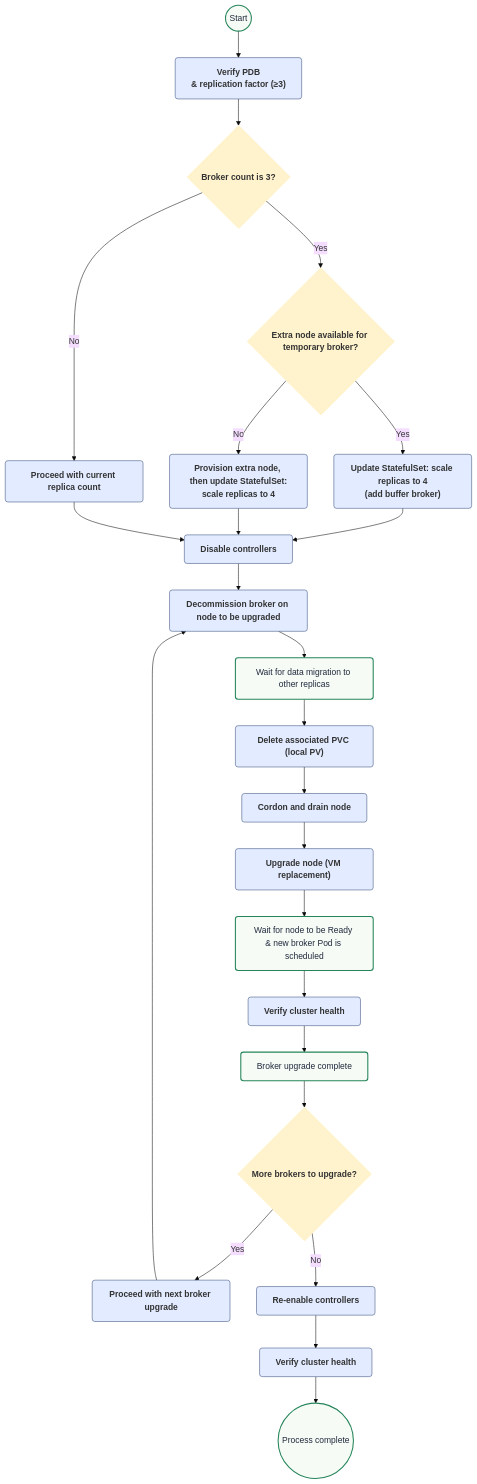
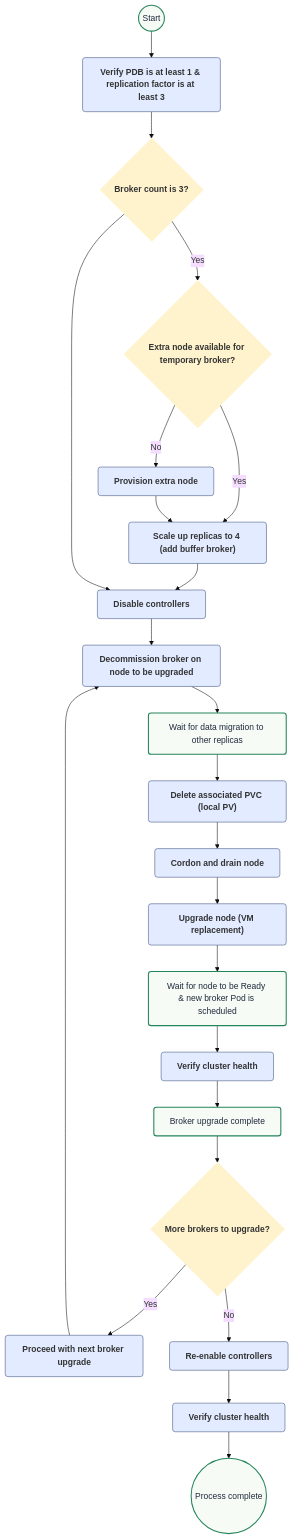
One commit to redpanda-data/docs changed the diagram in modules/upgrade/pages/k-upgrade-kubernetes.adoc. Above: the diagram before and after it, drawn with Mermaid (base theme). The commit also changed other lines of this file, not shown here.

Commit message:
Update diagram

```diff
--- a/modules/upgrade/pages/k-upgrade-kubernetes.adoc
+++ b/modules/upgrade/pages/k-upgrade-kubernetes.adoc
@@ -203,33 +177,32 @@
 [mermaid]
 ----
 flowchart TB
   %% Define classes
   classDef userAction stroke:#374D7C, fill:#E2EBFF, font-weight:bold, rx:5, ry:5;
   classDef systemAction fill:#F6FBF6, stroke:#25855a, stroke-width:2px, color:#20293c, rx:5, ry:5;
   classDef decision fill:#FFF3CD, stroke:#FFEEBA, font-weight:bold, rx:5, ry:5;
 
   %% Main flow for a single broker upgrade (controllers remain disabled until all brokers are upgraded)
-  A((Start)):::systemAction --> B["Verify PDB\n& replication factor (≥3)"]:::userAction
+  A((Start)):::systemAction --> B["Verify PDB is at least 1 & replication factor is at least 3"]:::userAction
   B --> C{Broker count is 3?}:::decision
   C -- Yes --> D{Extra node available for temporary broker?}:::decision
-  D -- Yes --> E["Update StatefulSet: scale replicas to 4\n(add buffer broker)"]:::userAction
-  D -- No --> F["Provision extra node, then update StatefulSet:\nscale replicas to 4"]:::userAction
-  C -- No --> G["Proceed with current replica count"]:::userAction
+  D -- Yes --> E["Scale up replicas to 4 (add buffer broker)"]:::userAction
+  D -- No --> F["Provision extra node"]:::userAction
   E --> H["Disable controllers"]:::userAction
-  F --> H
-  G --> H
+  F --> E
+  C --> H
   H --> I["Decommission broker on node to be upgraded"]:::userAction
   I --> J["Wait for data migration to other replicas"]:::systemAction
   J --> K["Delete associated PVC (local PV)"]:::userAction
   K --> L["Cordon and drain node"]:::userAction
   L --> M["Upgrade node (VM replacement)"]:::userAction
   M --> N["Wait for node to be Ready & new broker Pod is scheduled"]:::systemAction
   N --> O["Verify cluster health"]:::userAction
   O --> P["Broker upgrade complete"]:::systemAction
   P --> Q{More brokers to upgrade?}:::decision
   Q -- Yes --> R["Proceed with next broker upgrade"]:::userAction
   R --> I
   Q -- No --> S["Re-enable controllers"]:::userAction
   S --> T["Verify cluster health"]:::userAction
   T --> U((Process complete)):::systemAction
 ----
```
